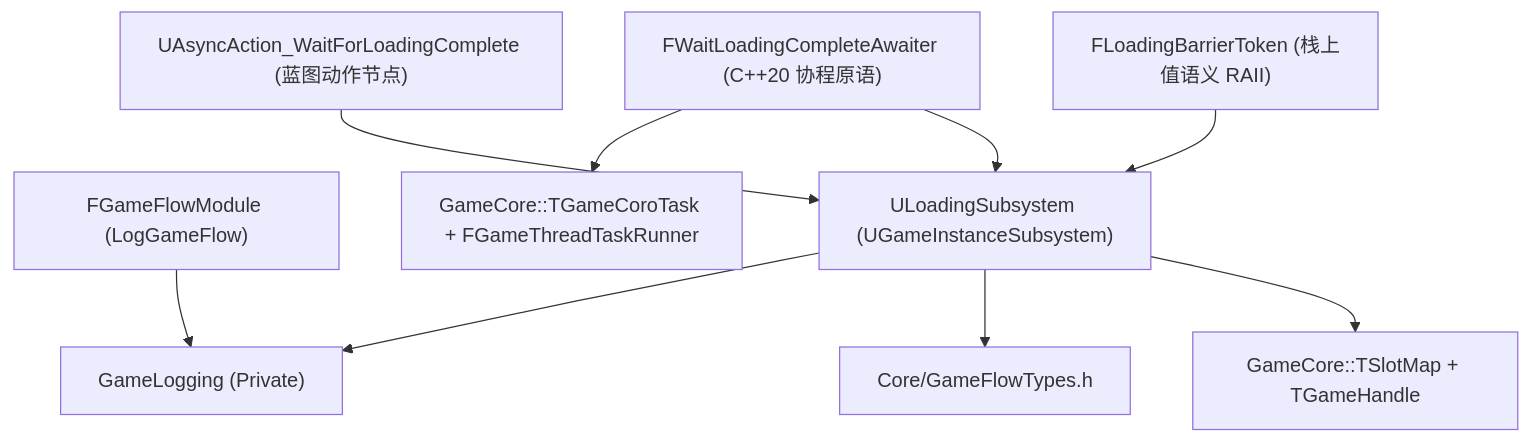
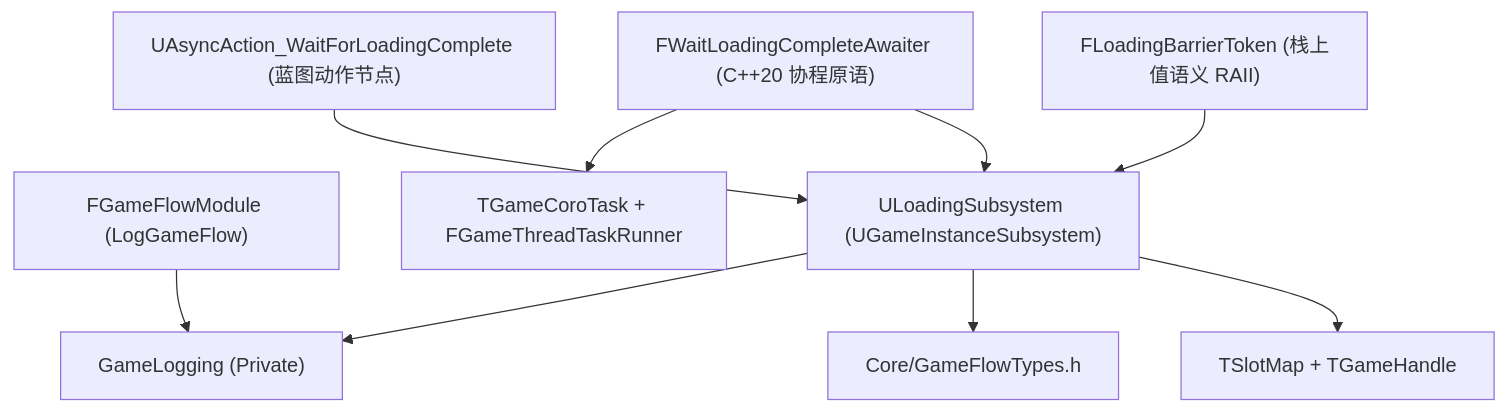
One commit to YIice-cwj/ue5-toolkit changed the diagram in Plugins/GameFlow/Docs/Architecture/Overview.md. Above: the diagram before and after it, drawn with Mermaid. The commit also changed other lines of this file and 87 other files, not shown here.

````diff
--- a/Plugins/GameFlow/Docs/Architecture/Overview.md
+++ b/Plugins/GameFlow/Docs/Architecture/Overview.md
@@ -11,11 +11,11 @@
 ```mermaid
 graph TD
     Mod["FGameFlowModule (LogGameFlow)"] --> Logging["GameLogging (Private)"]
-    Sub["ULoadingSubsystem (UGameInstanceSubsystem)"] --> SlotMap["GameCore::TSlotMap + TGameHandle"]
+    Sub["ULoadingSubsystem (UGameInstanceSubsystem)"] --> SlotMap["TSlotMap + TGameHandle"]
     Sub --> Types["Core/GameFlowTypes.h"]
     Sub --> Logging
     Token["FLoadingBarrierToken (栈上值语义 RAII)"] --> Sub
     Awaiter["FWaitLoadingCompleteAwaiter (C++20 协程原语)"] --> Sub
-    Awaiter --> Coro["GameCore::TGameCoroTask + FGameThreadTaskRunner"]
+    Awaiter --> Coro["TGameCoroTask + FGameThreadTaskRunner"]
     BPNode["UAsyncAction_WaitForLoadingComplete (蓝图动作节点)"] --> Sub
 ```
````
